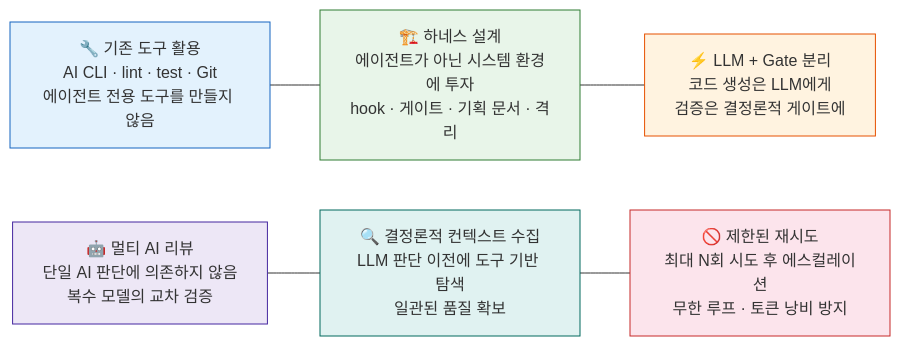
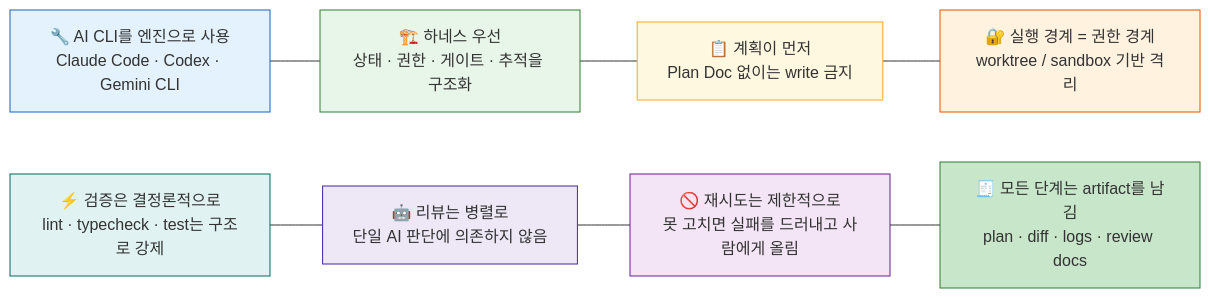
Before and after one commit to kimchanhyung98/agentic-workflows: diagram 16 of 16 in docs/_draft/dev-automation/00-diagram.md, drawn with Mermaid. The commit also changed other lines of this file and 2 other files, not shown here.

First line of the commit message:
docs(dev-automation): 로컬 개발 자동화 에이전트 아키텍처 다이어그램 작성

````diff
--- a/docs/_draft/dev-automation/00-diagram.md
+++ b/docs/_draft/dev-automation/00-diagram.md
@@ -88,17 +769,21 @@
 ```mermaid
 graph LR
-    P1["🔧 기존 도구 활용<br/>AI CLI · lint · test · Git<br/>에이전트 전용 도구를 만들지 않음"]
-    P2["🏗️ 하네스 설계<br/>에이전트가 아닌 시스템 환경에 투자<br/>hook · 게이트 · 기획 문서 · 격리"]
-    P3["⚡ LLM + Gate 분리<br/>코드 생성은 LLM에게<br/>검증은 결정론적 게이트에"]
-    P4["🤖 멀티 AI 리뷰<br/>단일 AI 판단에 의존하지 않음<br/>복수 모델의 교차 검증"]
-    P5["🔍 결정론적 컨텍스트 수집<br/>LLM 판단 이전에 도구 기반 탐색<br/>일관된 품질 확보"]
-    P6["🚫 제한된 재시도<br/>최대 N회 시도 후 에스컬레이션<br/>무한 루프 · 토큰 낭비 방지"]
-    P1 --- P2 --- P3
-    P4 --- P5 --- P6
+    P1["🔧 AI CLI를 엔진으로 사용<br/>Claude Code · Codex · Gemini CLI"]
+    P2["🏗️ 하네스 우선<br/>상태 · 권한 · 게이트 · 추적을 구조화"]
+    P3["📋 계획이 먼저<br/>Plan Doc 없이는 write 금지"]
+    P4["🔐 실행 경계 = 권한 경계<br/>worktree / sandbox 기반 격리"]
+    P5["⚡ 검증은 결정론적으로<br/>lint · typecheck · test는 구조로 강제"]
+    P6["🤖 리뷰는 병렬로<br/>단일 AI 판단에 의존하지 않음"]
+    P7["🚫 재시도는 제한적으로<br/>못 고치면 실패를 드러내고 사람에게 올림"]
+    P8["🧾 모든 단계는 artifact를 남김<br/>plan · diff · logs · review docs"]
+    P1 --- P2 --- P3 --- P4
+    P5 --- P6 --- P7 --- P8
     style P1 fill: #e3f2fd, stroke: #1565C0
     style P2 fill: #e8f5e9, stroke: #2E7D32
-    style P3 fill: #fff3e0, stroke: #E65100
-    style P4 fill: #ede7f6, stroke: #4527A0
+    style P3 fill: #fff8e1, stroke: #F9A825
+    style P4 fill: #fff3e0, stroke: #E65100
     style P5 fill: #e0f2f1, stroke: #00695C
-    style P6 fill: #fce4ec, stroke: #C62828
+    style P6 fill: #ede7f6, stroke: #4527A0
+    style P7 fill: #f3e5f5, stroke: #6A1B9A
+    style P8 fill: #c8e6c9, stroke: #2E7D32
 ```
````
